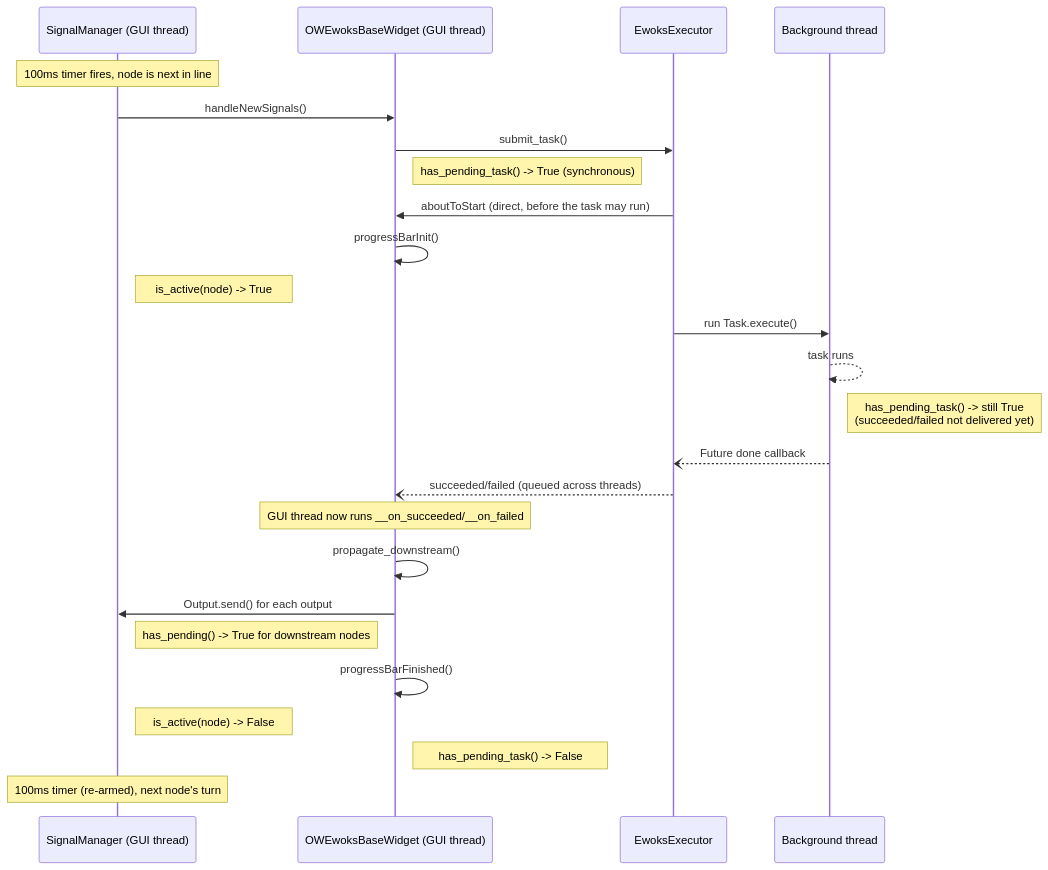
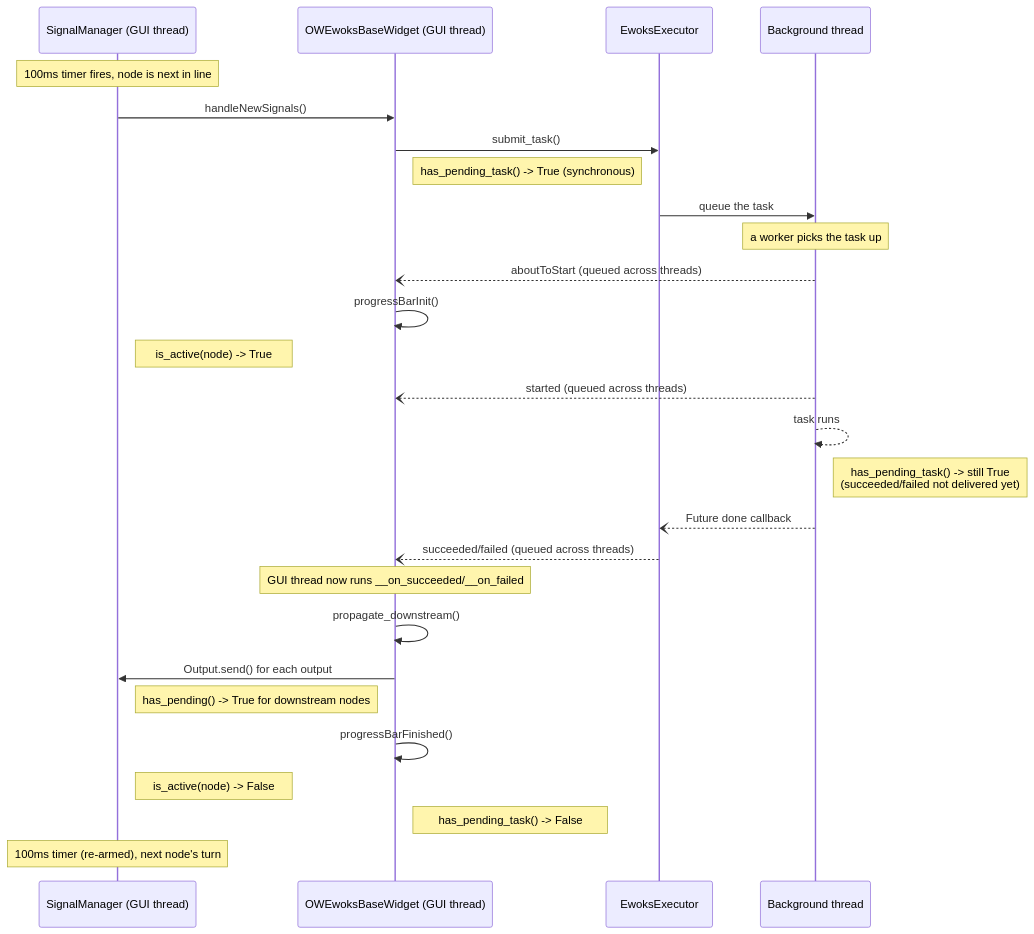
One commit to ewoks-kit/ewoksorange changed the first of 2 diagrams in doc/explanations/execution.rst. Above: the diagram before and after it, drawn with Mermaid. The commit also changed 8 other files, not shown here.

Commit message:
Executor: move emission of `aboutToStart` at the correct location (so not when doing the submission)

```diff
--- a/doc/explanations/execution.rst
+++ b/doc/explanations/execution.rst
@@ -38,31 +38,33 @@
 .. mermaid::
 
     sequenceDiagram
         participant SM as SignalManager (GUI thread)
         participant W as OWEwoksBaseWidget (GUI thread)
         participant EX as EwoksExecutor
         participant BG as Background thread
 
         Note over SM: 100ms timer fires, node is next in line
         SM->>W: handleNewSignals()
         W->>EX: submit_task()
         Note right of W: has_pending_task() -> True (synchronous)
-        EX->>W: aboutToStart (direct, before the task may run)
+        EX->>BG: queue the task
+        Note over BG: a worker picks the task up
+        BG--)W: aboutToStart (queued across threads)
         W->>W: progressBarInit()
         Note right of SM: is_active(node) -> True
-        EX->>BG: run Task.execute()
+        BG--)W: started (queued across threads)
 
         BG-->>BG: task runs
         Note right of BG: has_pending_task() -> still True<br/>(succeeded/failed not delivered yet)
         BG--)EX: Future done callback
         EX--)W: succeeded/failed (queued across threads)
 
         Note over W: GUI thread now runs __on_succeeded/__on_failed
         W->>W: propagate_downstream()
         W->>SM: Output.send() for each output
         Note right of SM: has_pending() -> True for downstream nodes
         W->>W: progressBarFinished()
         Note right of SM: is_active(node) -> False
         Note right of W: has_pending_task() -> False
 
         Note over SM: 100ms timer (re-armed), next node's turn
```
